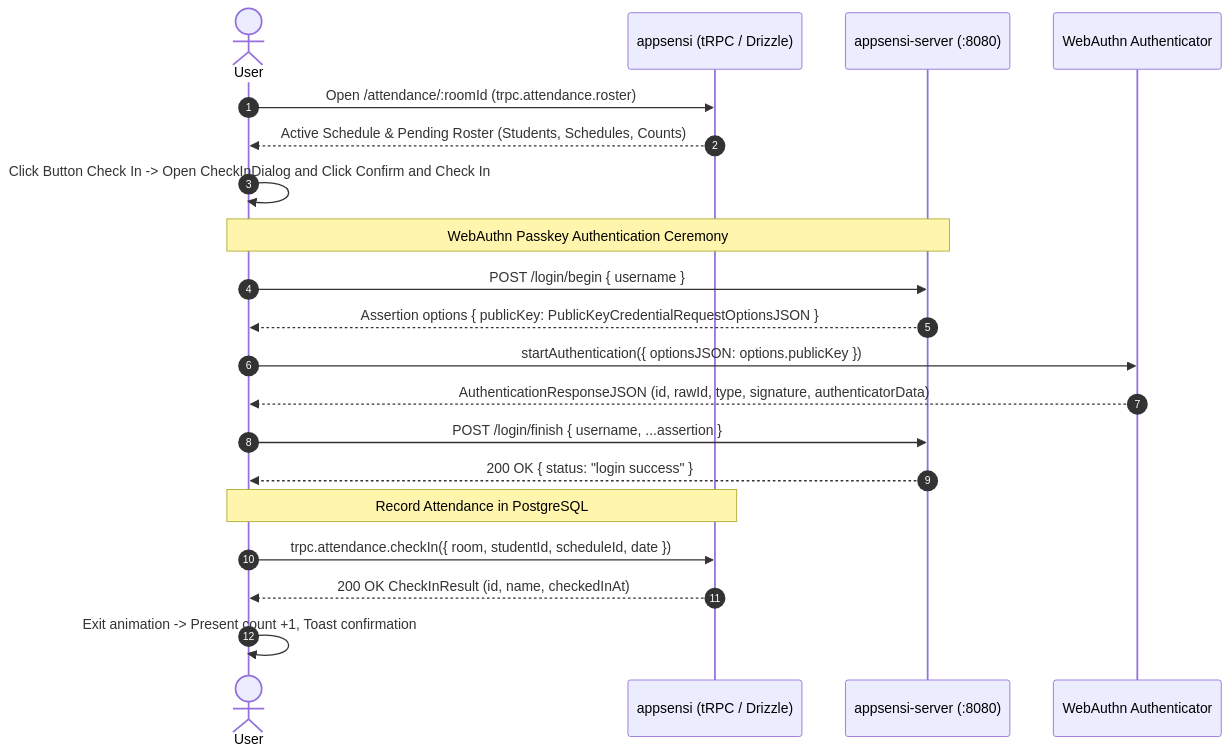
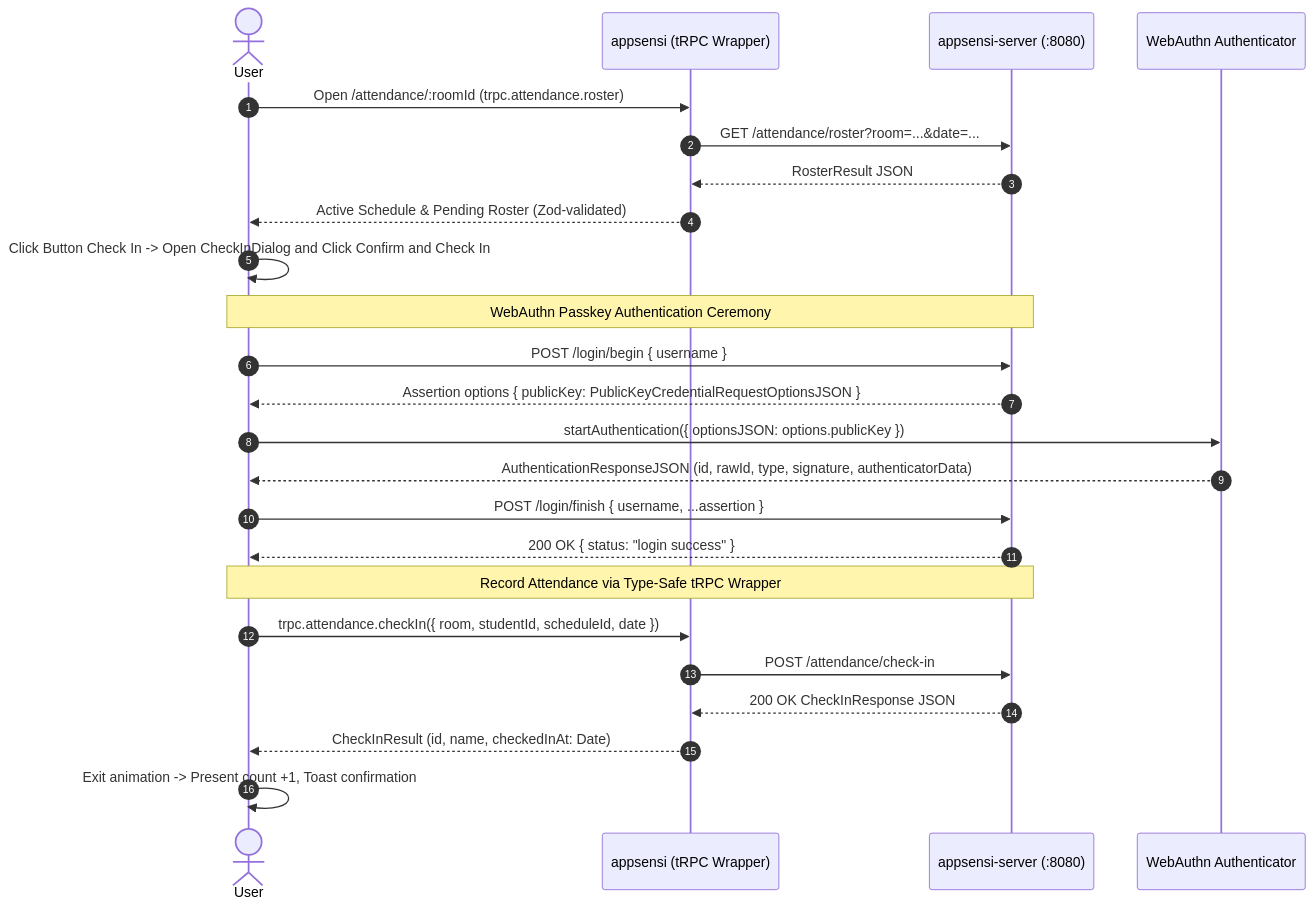
Before and after one commit to hapnan/appsensi: the diagram in docs/Flow_Diagram_Attendance.md, drawn with Mermaid. The commit also changed other lines of this file and 7 other files, not shown here.

Commit message:
docs: update documentation for API, architecture, and flow diagrams; enhance clarity and accuracy feat: add test script to package.json for unit and integration testing

````diff
--- a/docs/Flow_Diagram_Attendance.md
+++ b/docs/Flow_Diagram_Attendance.md
@@ -11,34 +11,38 @@
 ```mermaid
 sequenceDiagram
     autonumber
     actor U as User
-    participant App as appsensi (tRPC / Drizzle)
+    participant App as appsensi (tRPC Wrapper)
     participant Gin as appsensi-server (:8080)
     participant Auth as WebAuthn Authenticator
 
     %% Step 1: Initial Load
     U->>App: Open /attendance/:roomId (trpc.attendance.roster)
-    App-->>U: Active Schedule & Pending Roster (Students, Schedules, Counts)
+    App->>Gin: GET /attendance/roster?room=...&date=...
+    Gin-->>App: RosterResult JSON
+    App-->>U: Active Schedule & Pending Roster (Zod-validated)
 
     %% Step 2: User Action
     U->>U: Click Button Check In -> Open CheckInDialog and Click Confirm and Check In
 
     %% Step 3: WebAuthn Passkey Ceremony
     Note over U,Gin: WebAuthn Passkey Authentication Ceremony
     U->>Gin: POST /login/begin { username }
     Gin-->>U: Assertion options { publicKey: PublicKeyCredentialRequestOptionsJSON }
 
     U->>Auth: startAuthentication({ optionsJSON: options.publicKey })
     Auth-->>U: AuthenticationResponseJSON (id, rawId, type, signature, authenticatorData)
 
     U->>Gin: POST /login/finish { username, ...assertion }
     Gin-->>U: 200 OK { status: "login success" }
 
     %% Step 4: Record Attendance in Database
-    Note over U,App: Record Attendance in PostgreSQL
+    Note over U,Gin: Record Attendance via Type-Safe tRPC Wrapper
     U->>App: trpc.attendance.checkIn({ room, studentId, scheduleId, date })
-    App-->>U: 200 OK CheckInResult (id, name, checkedInAt)
+    App->>Gin: POST /attendance/check-in
+    Gin-->>App: 200 OK CheckInResponse JSON
+    App-->>U: CheckInResult (id, name, checkedInAt: Date)
 
     %% Step 5: UI Reactive Update
     U->>U: Exit animation -> Present count +1, Toast confirmation
 ```
````
